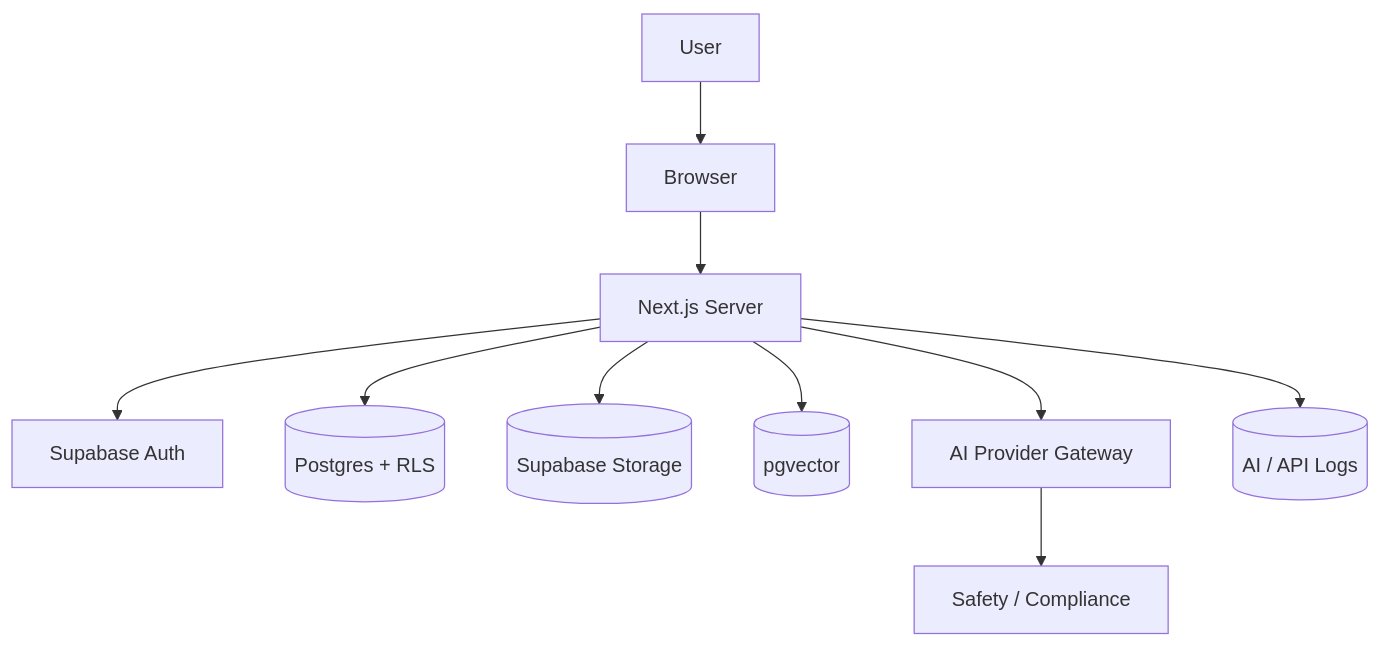
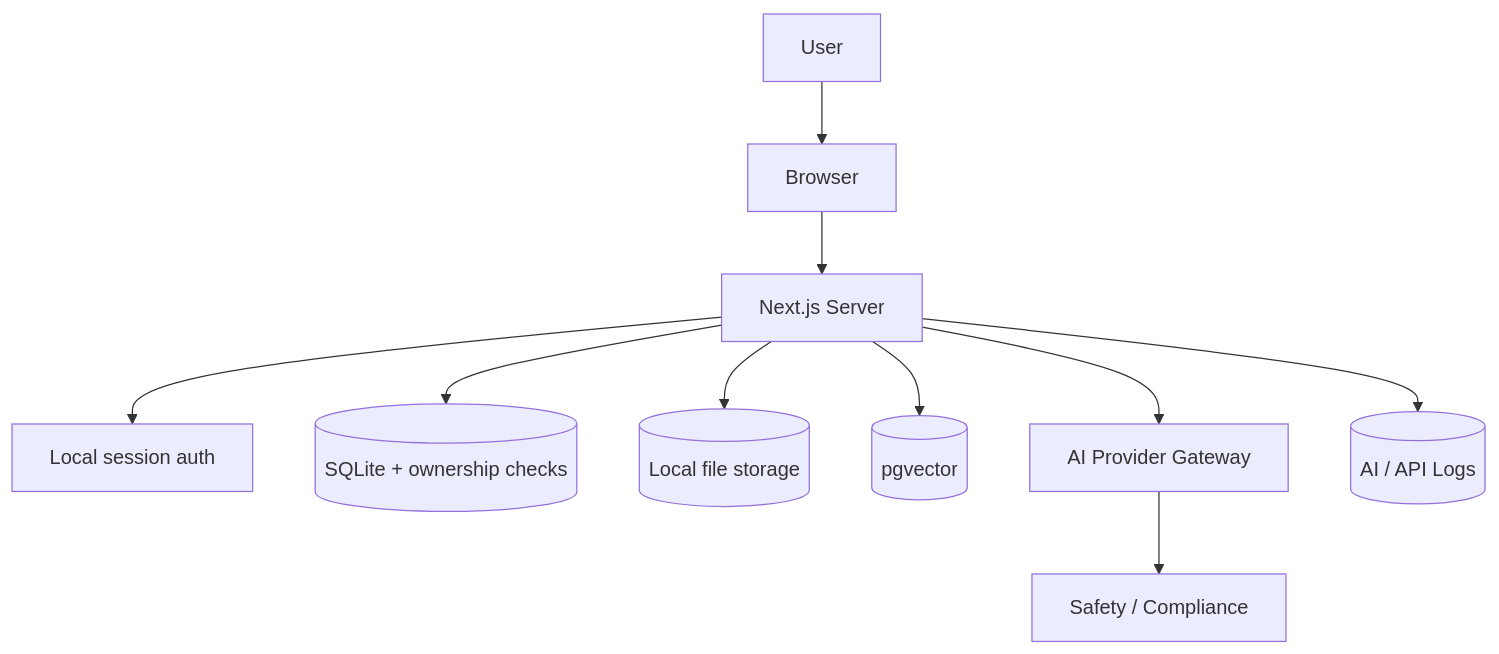
The diagram in docs/diagrams/architecture.md (RyoyaYahagi/Ruletrade-AI), drawn with Mermaid before and after one commit. The commit also changed 321 other files, not shown here.

Commit message:
Remove Supabase and adopt SQLite-only runtime

````diff
--- a/docs/diagrams/architecture.md
+++ b/docs/diagrams/architecture.md
@@ -3,23 +3,23 @@
 ```mermaid
 graph TD
   User[User]
   Browser[Browser]
   Server[Next.js Server]
-  Auth[Supabase Auth]
-  DB[(Postgres + RLS)]
-  Storage[(Supabase Storage)]
+  Auth[Local session auth]
+  DB[(SQLite + ownership checks)]
+  Storage[(Local file storage)]
   Vector[(pgvector)]
   AI[AI Provider Gateway]
   Safety[Safety / Compliance]
   Logs[(AI / API Logs)]
 
   User --> Browser
   Browser --> Server
   Server --> Auth
   Server --> DB
   Server --> Storage
   Server --> Vector
   Server --> AI
   AI --> Safety
   Server --> Logs
 ```
````
